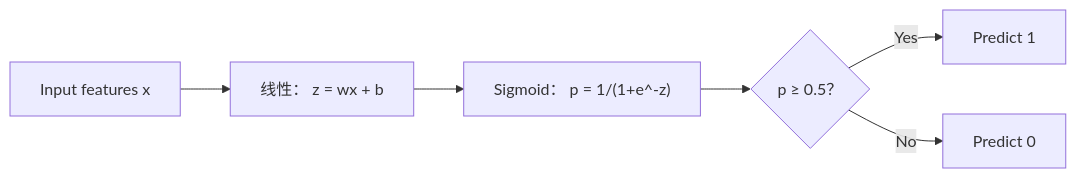
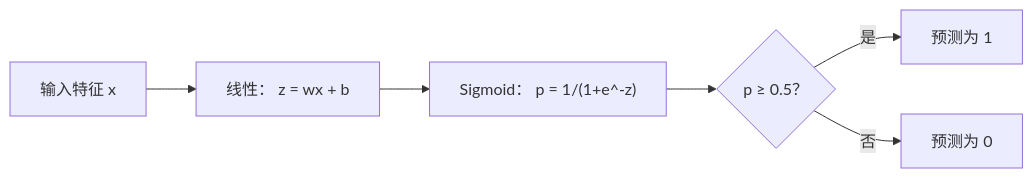
Before and after one commit to huangyue12120/Learning-Atlas: the first of 2 diagrams in content/translations/practice/02-ml-fundamentals/03-logistic-regression/zh.md, drawn with Mermaid. The commit also changed other lines of this file and 24 other files, not shown here.

Commit message:
fix(reader): localize Mermaid in source content

````diff
--- a/content/translations/practice/02-ml-fundamentals/03-logistic-regression/zh.md
+++ b/content/translations/practice/02-ml-fundamentals/03-logistic-regression/zh.md
@@ -75,8 +75,8 @@
 ```mermaid
 flowchart LR
-    X[Input features x] --> L["线性： z = wx + b"]
+    X[输入特征 x] --> L["线性： z = wx + b"]
     L --> S["Sigmoid： p = 1/(1+e^-z)"]
     S --> D{"p ≥ 0.5？"}
-    D -->|Yes| P[Predict 1]
-    D -->|No| N[Predict 0]
+    D -->|是| P[预测为 1]
+    D -->|否| N[预测为 0]
 ```
````
